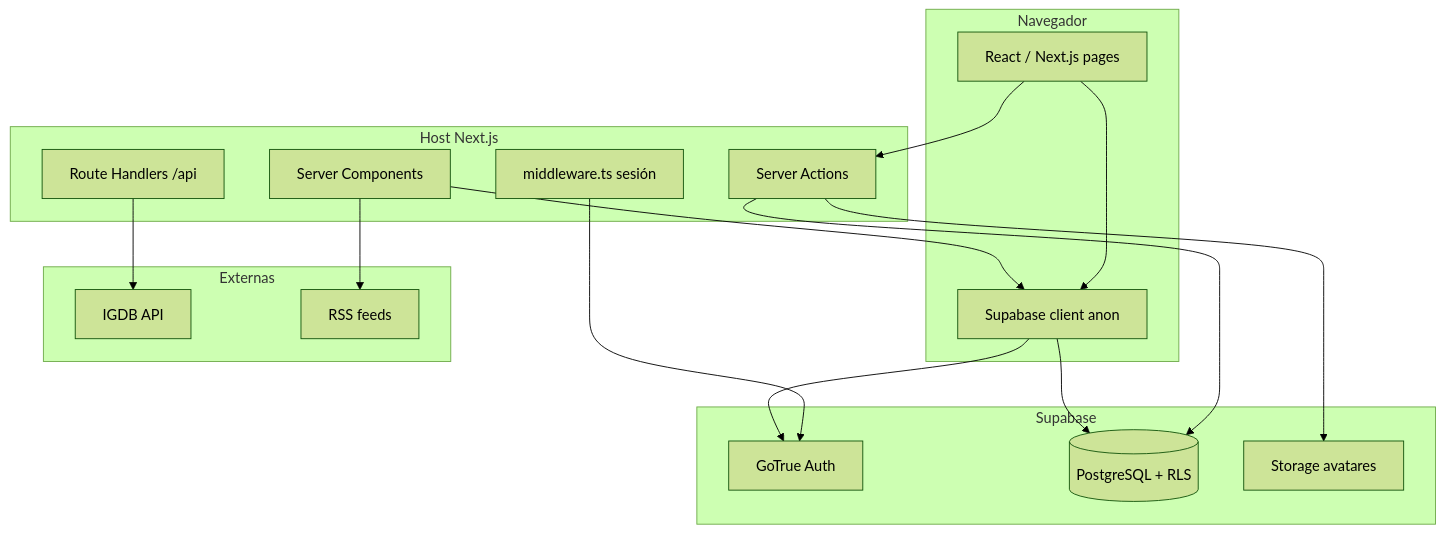
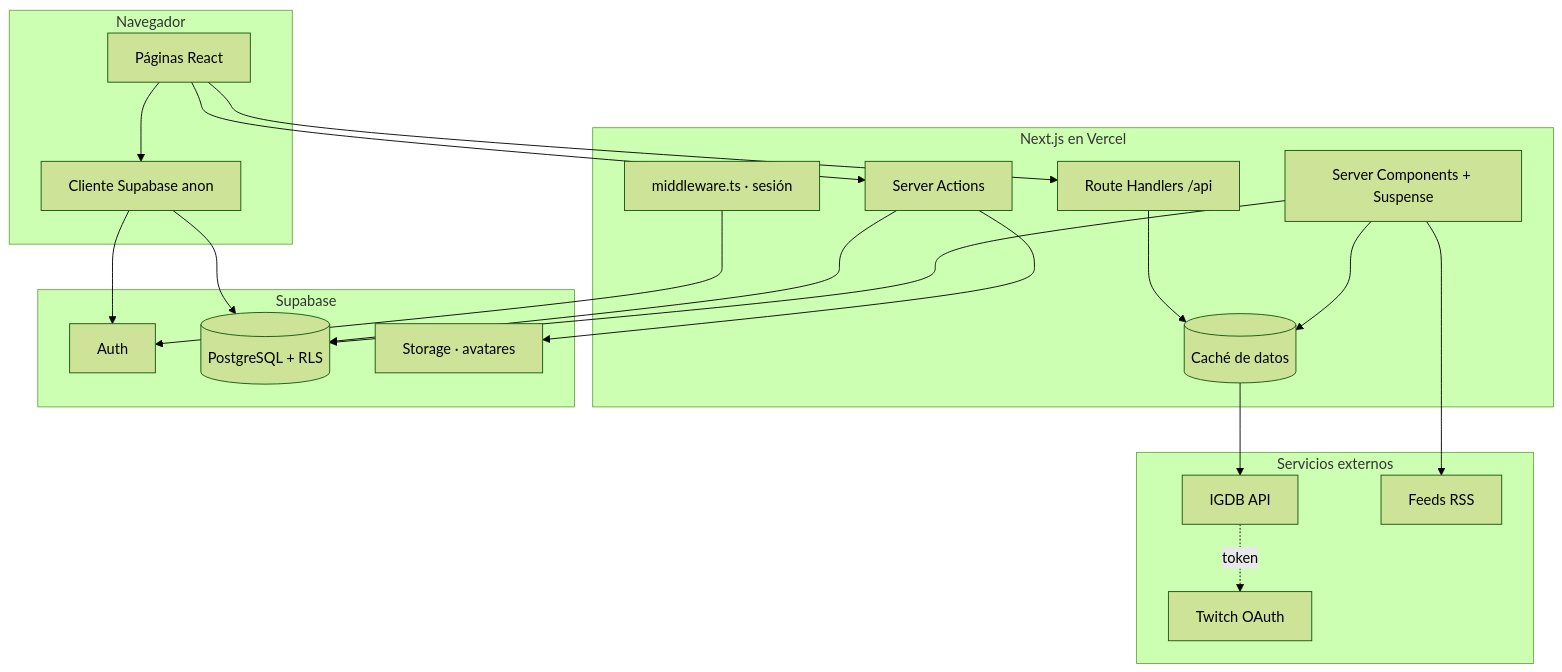
The diagram in README.md (diegoesr/Checkpoint), drawn with Mermaid (forest theme) before and after one commit. The commit also changed other lines of this file and 8 other files, not shown here.

````diff
--- a/README.md
+++ b/README.md
@@ -94,36 +180,42 @@
 ```mermaid
 flowchart TB
   subgraph client [Navegador]
-    ReactUI[React / Next.js pages]
-    SupaClient[Supabase client anon]
+    ReactUI[Páginas React]
+    SupaClient[Cliente Supabase anon]
   end
 
-  subgraph vercel [Host Next.js]
-    Middleware[middleware.ts sesión]
-    RSC[Server Components]
+  subgraph host [Next.js en Vercel]
+    Middleware[middleware.ts · sesión]
+    RSC[Server Components + Suspense]
     SA[Server Actions]
     API[Route Handlers /api]
+    Cache[(Caché de datos)]
   end
 
   subgraph supa [Supabase]
-    Auth[GoTrue Auth]
+    Auth[Auth]
     PG[(PostgreSQL + RLS)]
-    Storage[Storage avatares]
+    Storage[Storage · avatares]
   end
 
-  subgraph external [Externas]
+  subgraph external [Servicios externos]
+    Twitch[Twitch OAuth]
     IGDB[IGDB API]
-    RSS[RSS feeds]
+    RSS[Feeds RSS]
   end
 
   ReactUI --> SupaClient
   ReactUI --> SA
-  RSC --> SupaClient
+  ReactUI --> API
   Middleware --> Auth
+  RSC --> PG
   SA --> PG
   SA --> Storage
-  API --> IGDB
+  RSC --> Cache
+  API --> Cache
+  Cache --> IGDB
+  IGDB -.token.-> Twitch
   RSC --> RSS
   SupaClient --> Auth
   SupaClient --> PG
 ```
````
